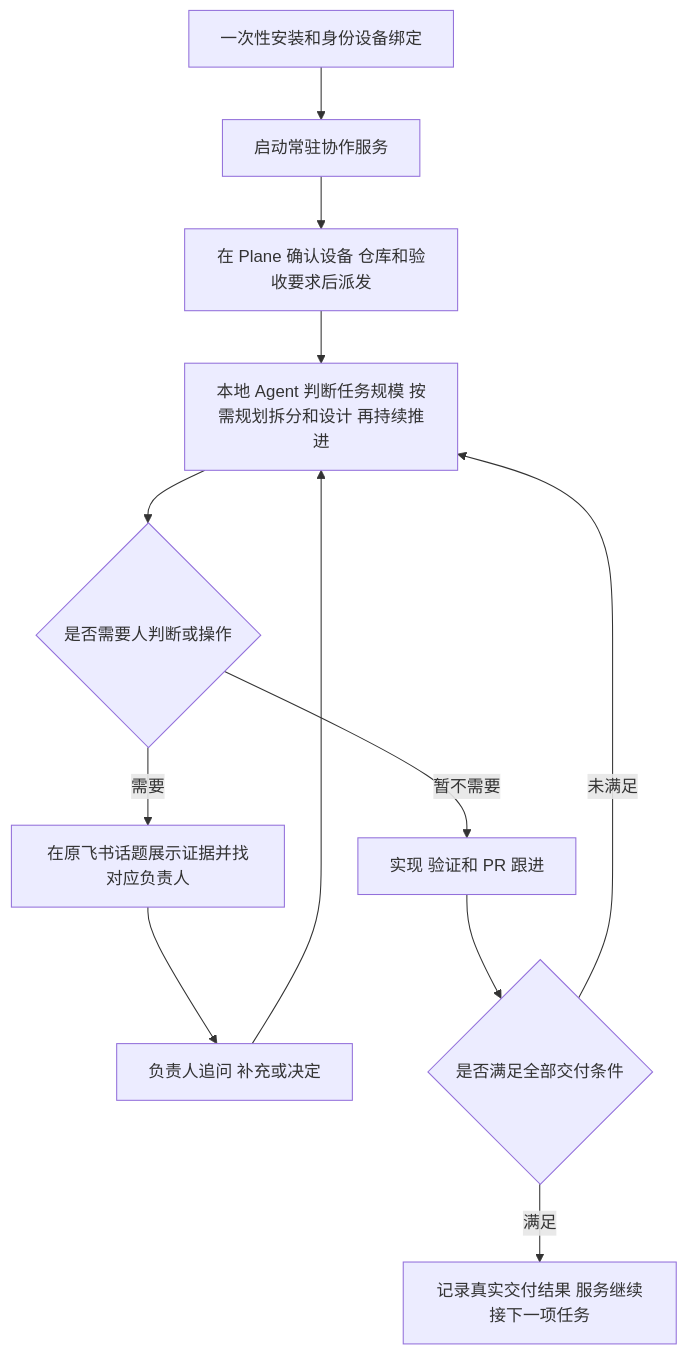
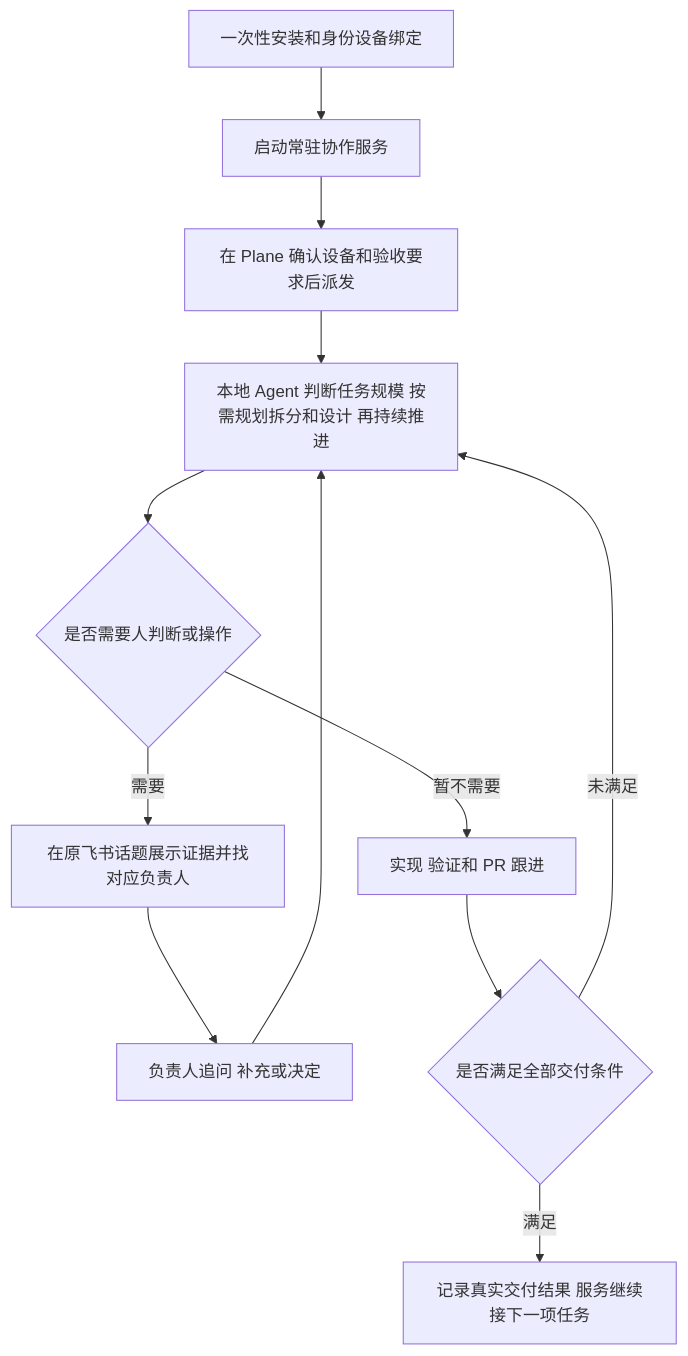
Before and after one commit to nexu-io/looper: the diagram in docs/PLAN-collab-subcommand.zh-CN.md, drawn with Mermaid. The commit also changed other lines of this file and 12 other files, not shown here.

````diff
--- a/docs/PLAN-collab-subcommand.zh-CN.md
+++ b/docs/PLAN-collab-subcommand.zh-CN.md
@@ -13,14 +13,14 @@
 ```mermaid
 flowchart TD
     A[一次性安装和身份设备绑定] --> B[启动常驻协作服务]
-    B --> C[在 Plane 确认设备 仓库和验收要求后派发]
+    B --> C[在 Plane 确认设备和验收要求后派发]
     C --> D[本地 Agent 判断任务规模 按需规划拆分和设计 再持续推进]
     D --> E{是否需要人判断或操作}
     E -->|需要| F[在原飞书话题展示证据并找对应负责人]
     F --> G[负责人追问 补充或决定]
     G --> D
     E -->|暂不需要| H[实现 验证和 PR 跟进]
     H --> I{是否满足全部交付条件}
     I -->|未满足| D
     I -->|满足| J[记录真实交付结果 服务继续接下一项任务]
 ```
````
